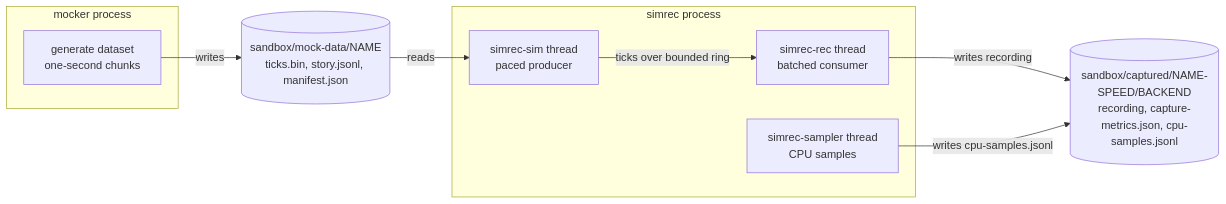
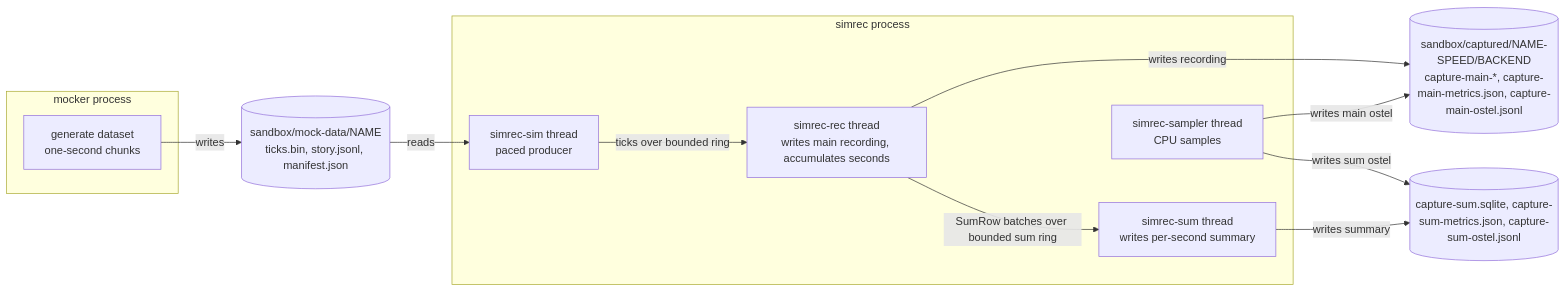
The first of 5 diagrams in dev/spec-overall.md (BriteSnow/rust-blueprint-quadcopter-flight-data), drawn with Mermaid before and after one commit. The commit also changed other lines of this file and 18 other files, not shown here.

Commit message:
* add capture-sum

````diff
--- a/dev/spec-overall.md
+++ b/dev/spec-overall.md
@@ -12,18 +12,23 @@
 ```mermaid
 flowchart LR
   subgraph mockerproc["mocker process"]
     gen["generate dataset<br/>one-second chunks"]
   end
   subgraph simrecproc["simrec process"]
     sim["simrec-sim thread<br/>paced producer"]
-    rec["simrec-rec thread<br/>batched consumer"]
+    rec["simrec-rec thread<br/>writes main recording, accumulates seconds"]
+    sum["simrec-sum thread<br/>writes per-second summary"]
     smp["simrec-sampler thread<br/>CPU samples"]
   end
   mock[("sandbox/mock-data/NAME<br/>ticks.bin, story.jsonl, manifest.json")]
-  captured[("sandbox/captured/NAME-SPEED/BACKEND<br/>recording, capture-metrics.json, cpu-samples.jsonl")]
+  captured[("sandbox/captured/NAME-SPEED/BACKEND<br/>capture-main-*, capture-main-metrics.json, capture-main-ostel.jsonl")]
+  sumdb[("capture-sum.sqlite, capture-sum-metrics.json, capture-sum-ostel.jsonl")]
   gen -->|"writes"| mock
   mock -->|"reads"| sim
   sim -->|"ticks over bounded ring"| rec
   rec -->|"writes recording"| captured
-  smp -->|"writes cpu-samples.jsonl"| captured
+  rec -->|"SumRow batches over bounded sum ring"| sum
+  sum -->|"writes summary"| sumdb
+  smp -->|"writes main ostel"| captured
+  smp -->|"writes sum ostel"| sumdb
 ```
````
